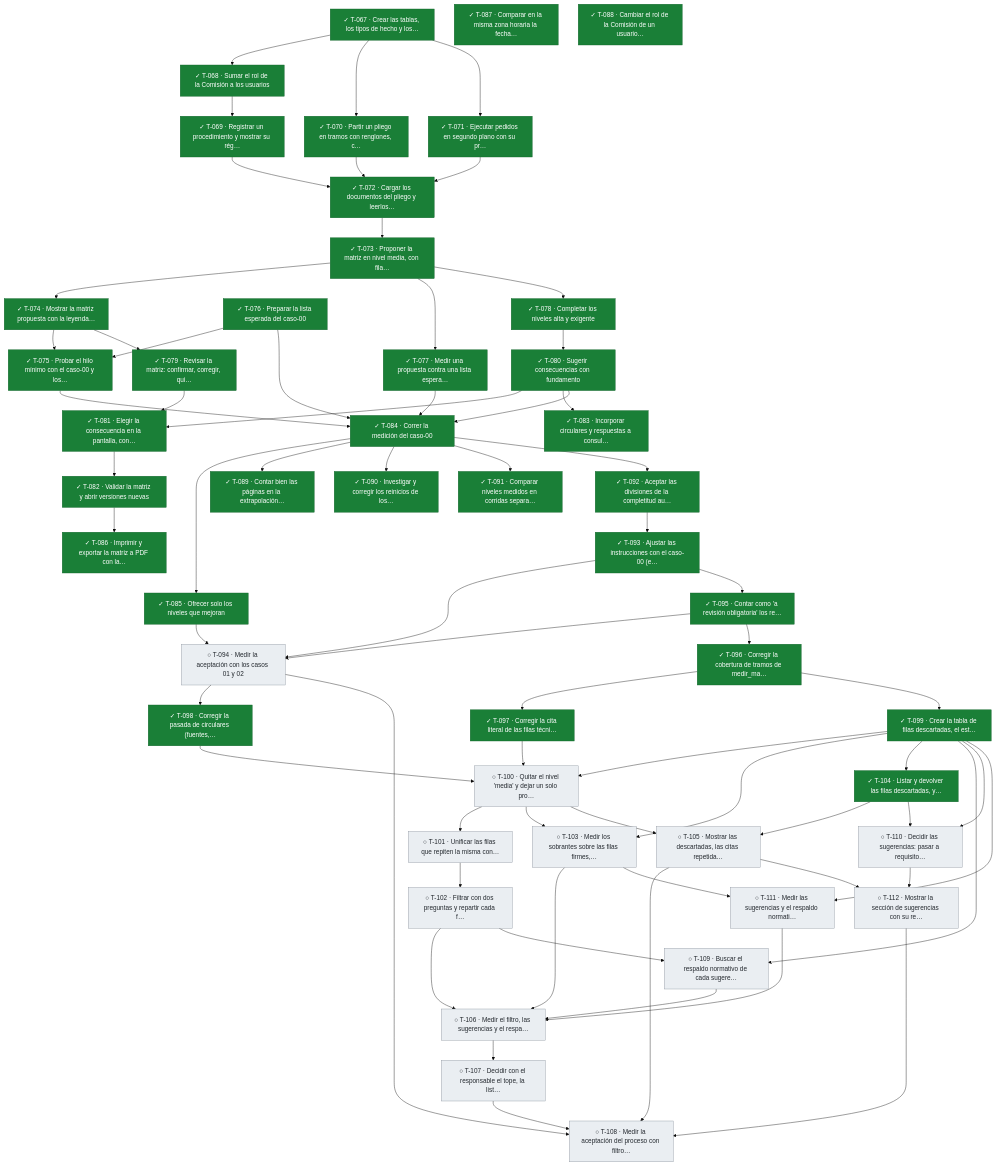
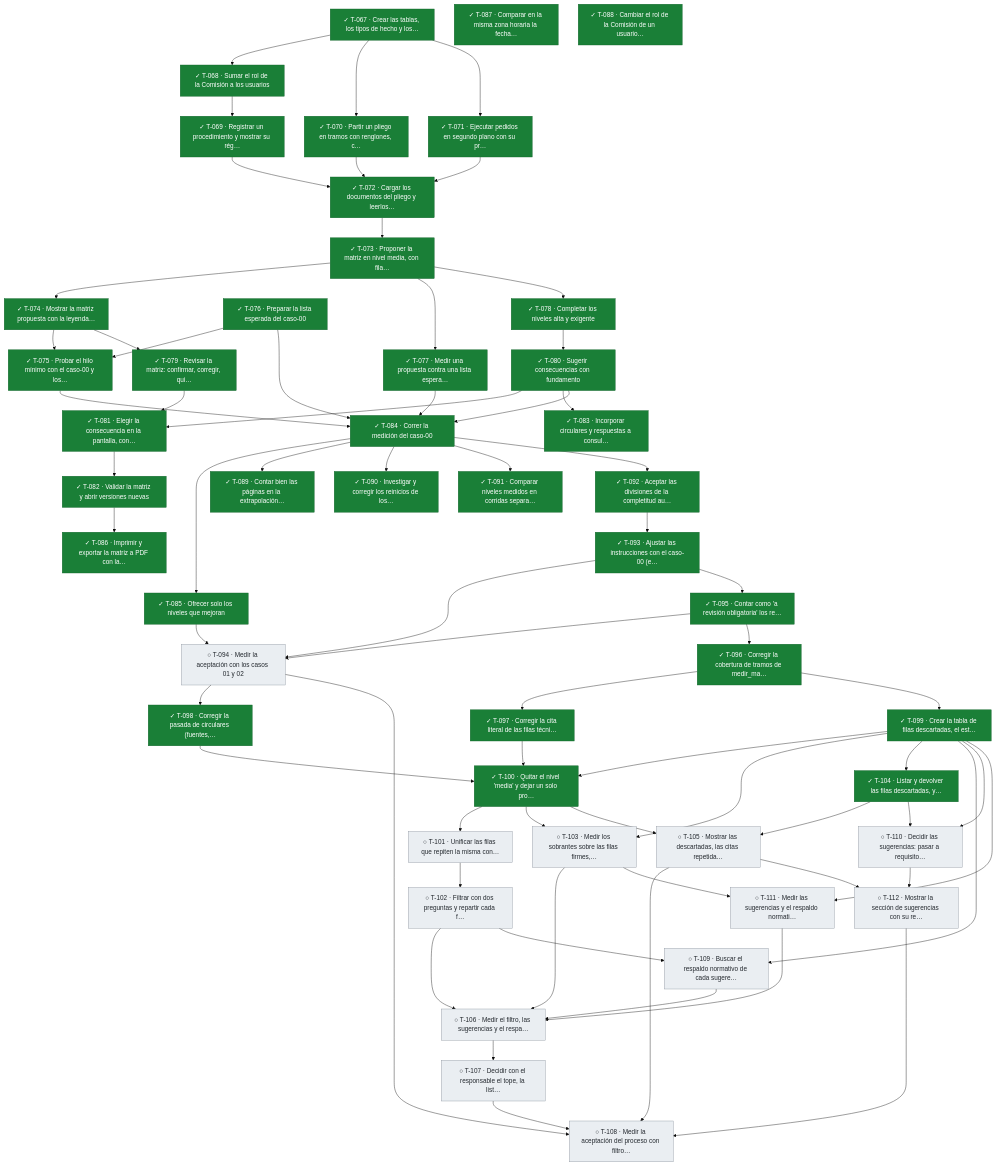
Before and after one commit to snavello/EVALUON: the fifth of 5 diagrams in docs/tablero.md, drawn with Mermaid (base theme). The commit also changed other lines of this file and 1 other file, not shown here.

```diff
--- a/docs/tablero.md
+++ b/docs/tablero.md
@@ -457,7 +457,7 @@
   T097["✓ T-097 · Corregir la cita literal de las filas técni…"]:::done
   T098["✓ T-098 · Corregir la pasada de circulares (fuentes,…"]:::done
   T099["✓ T-099 · Crear la tabla de filas descartadas, el est…"]:::done
-  T100["○ T-100 · Quitar el nivel 'media' y dejar un solo pro…"]:::todo
+  T100["✓ T-100 · Quitar el nivel 'media' y dejar un solo pro…"]:::done
   T101["○ T-101 · Unificar las filas que repiten la misma con…"]:::todo
   T102["○ T-102 · Filtrar con dos preguntas y repartir cada f…"]:::todo
   T103["○ T-103 · Medir los sobrantes sobre las filas firmes,…"]:::todo
```
